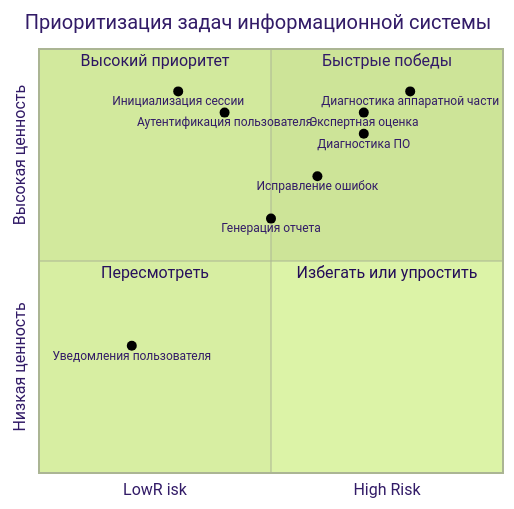
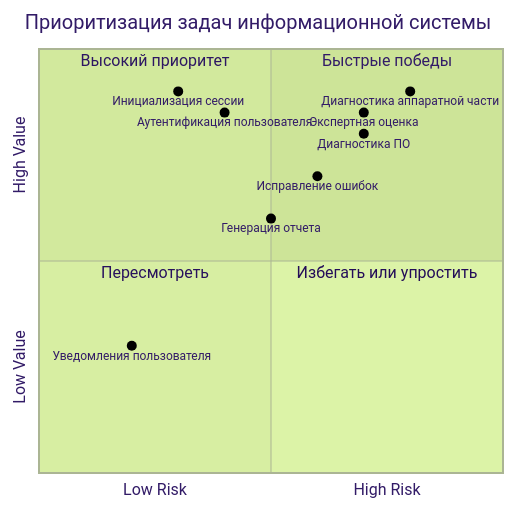
The third of 4 diagrams in README.md (UkroSchwein/12prac), drawn with Mermaid (forest theme) before and after one commit.

````diff
--- a/README.md
+++ b/README.md
@@ -47,18 +47,18 @@
 ```mermaid
 quadrantChart
     title Приоритизация задач информационной системы
-    x-axis LowR isk --> High Risk
-    y-axis Низкая ценность --> Высокая ценность
+    x-axis Low Risk --> High Risk
+    y-axis Low Value --> High Value
     quadrant-1 Быстрые победы
     quadrant-2 Высокий приоритет
     quadrant-3 Пересмотреть
     quadrant-4 Избегать или упростить
     "Инициализация сессии": [0.3, 0.9]
     "Аутентификация пользователя": [0.4, 0.85]
     "Диагностика ПО": [0.7, 0.8]
     "Диагностика аппаратной части": [0.8, 0.9]
     "Исправление ошибок": [0.6, 0.7]
     "Генерация отчета": [0.5, 0.6]
     "Уведомления пользователя": [0.2, 0.3]
     "Экспертная оценка": [0.7, 0.85]
 ```
````
